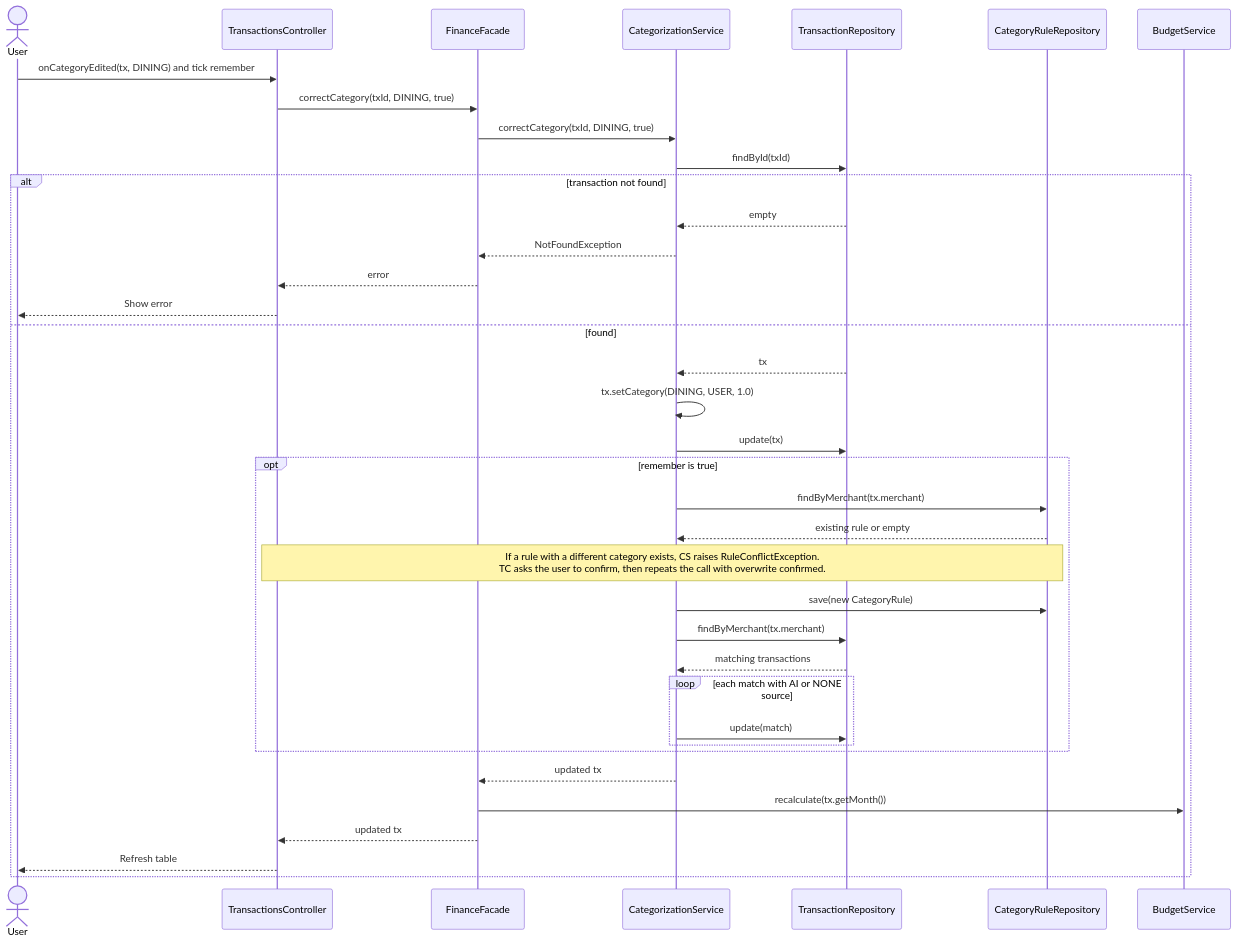
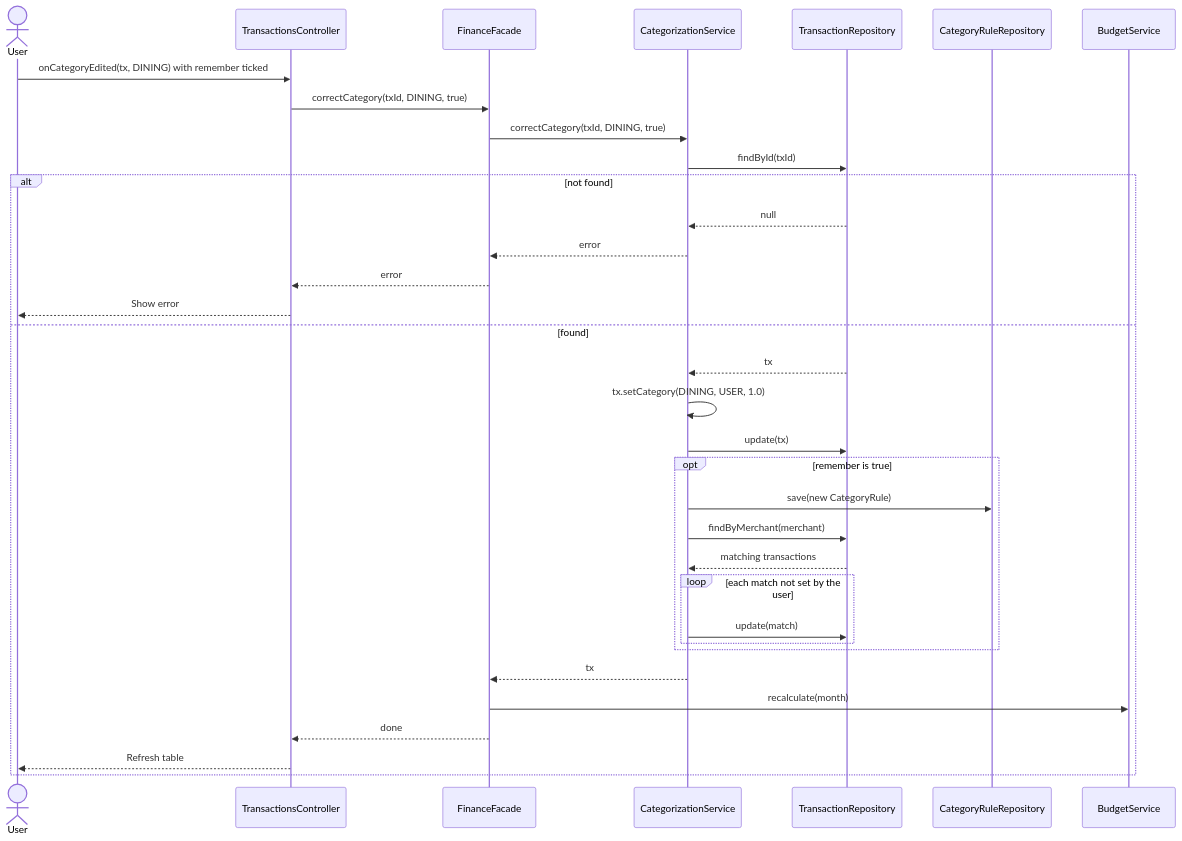
Before and after one commit to Abdi238/EECS3311-course-project: the eighth of 12 diagrams in docs/Stage1_Report.md, drawn with Mermaid. The commit also changed other lines of this file, not shown here.

````diff
--- a/docs/Stage1_Report.md
+++ b/docs/Stage1_Report.md
@@ -1694,40 +1097,37 @@
 ```mermaid
 sequenceDiagram
     actor U as User
     participant TC as TransactionsController
     participant F as FinanceFacade
     participant CS as CategorizationService
     participant TR as TransactionRepository
     participant RR as CategoryRuleRepository
     participant BS as BudgetService
 
-    U->>TC: onCategoryEdited(tx, DINING) and tick remember
+    U->>TC: onCategoryEdited(tx, DINING) with remember ticked
     TC->>F: correctCategory(txId, DINING, true)
     F->>CS: correctCategory(txId, DINING, true)
     CS->>TR: findById(txId)
-    alt transaction not found
-        TR-->>CS: empty
-        CS-->>F: NotFoundException
+    alt not found
+        TR-->>CS: null
+        CS-->>F: error
         F-->>TC: error
         TC-->>U: Show error
     else found
         TR-->>CS: tx
         CS->>CS: tx.setCategory(DINING, USER, 1.0)
         CS->>TR: update(tx)
         opt remember is true
-            CS->>RR: findByMerchant(tx.merchant)
-            RR-->>CS: existing rule or empty
-            Note over TC,RR: If a rule with a different category exists, CS raises RuleConflictException.<br/>TC asks the user to confirm, then repeats the call with overwrite confirmed.
             CS->>RR: save(new CategoryRule)
-            CS->>TR: findByMerchant(tx.merchant)
+            CS->>TR: findByMerchant(merchant)
             TR-->>CS: matching transactions
-            loop each match with AI or NONE source
+            loop each match not set by the user
                 CS->>TR: update(match)
             end
         end
-        CS-->>F: updated tx
-        F->>BS: recalculate(tx.getMonth())
-        F-->>TC: updated tx
+        CS-->>F: tx
+        F->>BS: recalculate(month)
+        F-->>TC: done
         TC-->>U: Refresh table
     end
 ```
````
